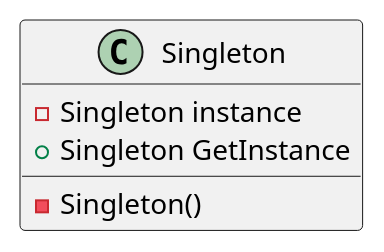
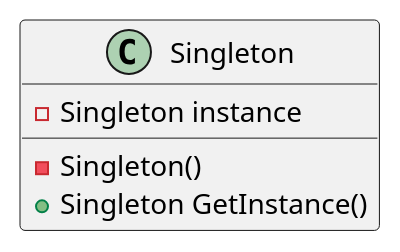
One commit to Projektanker/programming-guide changed the diagram in uml/singleton.puml. Above: the diagram before and after it, drawn with PlantUML.

```diff
--- a/uml/singleton.puml
+++ b/uml/singleton.puml
@@ -1,8 +1,8 @@
 @startuml
 class Singleton 
 {
     - Singleton instance
     - Singleton()
-    + Singleton GetInstance
+    + Singleton GetInstance()
 }
 @enduml
```
